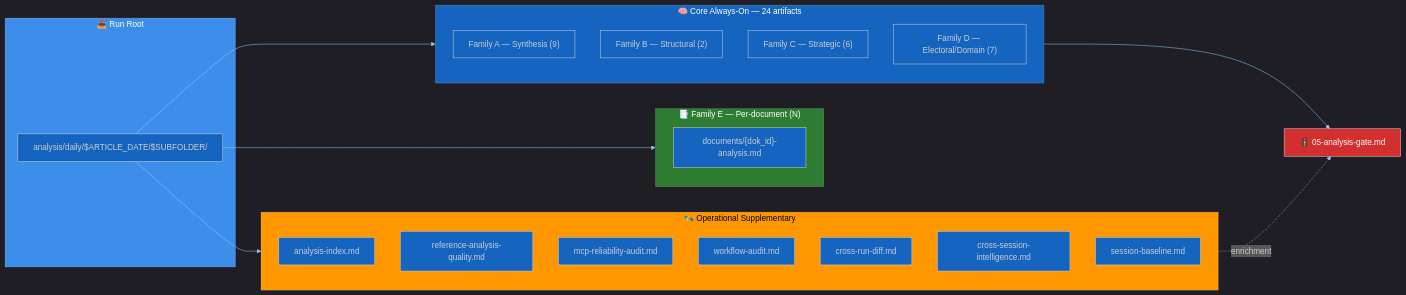
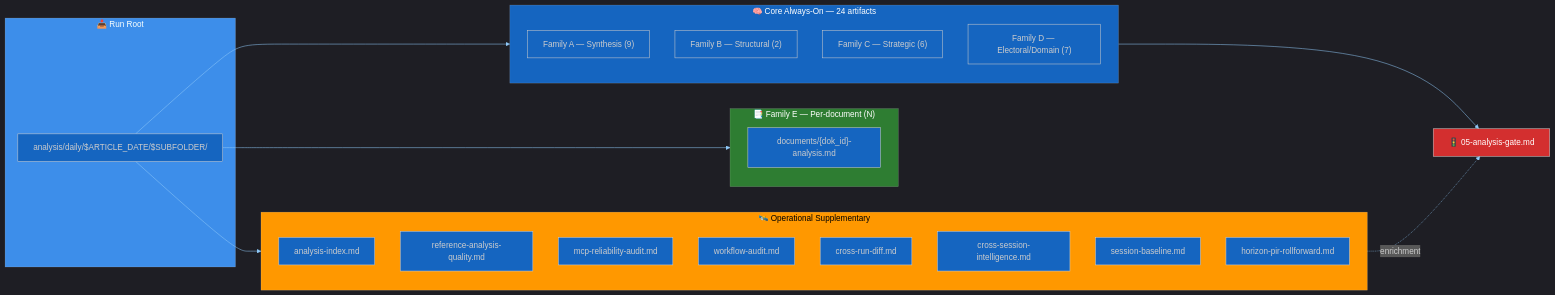
Before and after one commit to Hack23/riksdagsmonitor: the diagram in analysis/methodologies/artifact-catalog.md, drawn with Mermaid. The commit also changed other lines of this file and 1 other file, not shown here.

First line of the commit message:
Address PR review: align WEP rules with registry, add 72h band, fix Mermaid diagram, make horizon branches required, condition gate checks on cycle

````diff
--- a/analysis/methodologies/artifact-catalog.md
+++ b/analysis/methodologies/artifact-catalog.md
@@ -46,35 +46,36 @@
 ```mermaid
 %%{init: {"theme":"dark","themeVariables":{"primaryColor":"#1565C0","primaryTextColor":"#ffffff","primaryBorderColor":"#0A3F7F","lineColor":"#90CAF9","secondaryColor":"#2E7D32","secondaryTextColor":"#ffffff","tertiaryColor":"#FF9800","tertiaryTextColor":"#000000","mainBkg":"#1565C0","secondBkg":"#2E7D32","tertiaryBkg":"#FF9800","noteBkgColor":"#FFC107","noteTextColor":"#000000","errorBkgColor":"#D32F2F","fontFamily":"Inter, Helvetica, Arial, sans-serif"}}}%%
 flowchart LR
     subgraph INPUT["📥 Run Root"]
         R["analysis/daily/$ARTICLE_DATE/$SUBFOLDER/"]
     end
     subgraph CORE["🧠 Core Always-On — 24 artifacts"]
         A["Family A — Synthesis (9)"]
         B["Family B — Structural (2)"]
         C["Family C — Strategic (6)"]
         D["Family D — Electoral/Domain (7)"]
     end
     subgraph E["📑 Family E — Per-document (N)"]
         E1["documents/{dok_id}-analysis.md"]
     end
     subgraph SUPP["🛰️ Operational Supplementary"]
         S1["analysis-index.md"]
         S2["reference-analysis-quality.md"]
         S3["mcp-reliability-audit.md"]
         S4["workflow-audit.md"]
         S5["cross-run-diff.md"]
         S6["cross-session-intelligence.md"]
         S7["session-baseline.md"]
+        S8["horizon-pir-rollforward.md"]
     end
     R --> CORE
     R --> E
     R --> SUPP
     CORE --> GATE["🚦 05-analysis-gate.md"]
     SUPP -. enrichment .-> GATE
 
     style CORE fill:#1565C0,color:#ffffff
     style E fill:#2E7D32,color:#ffffff
     style SUPP fill:#FF9800,color:#000000
     style GATE fill:#D32F2F,color:#ffffff
 ```
````
